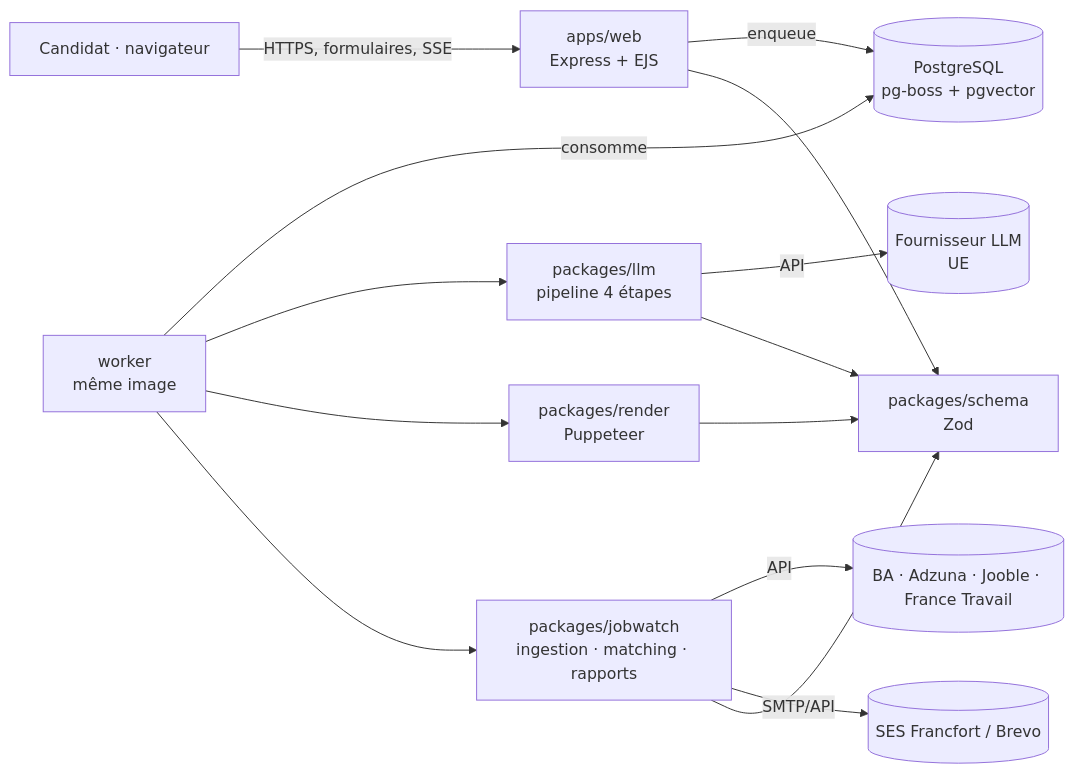
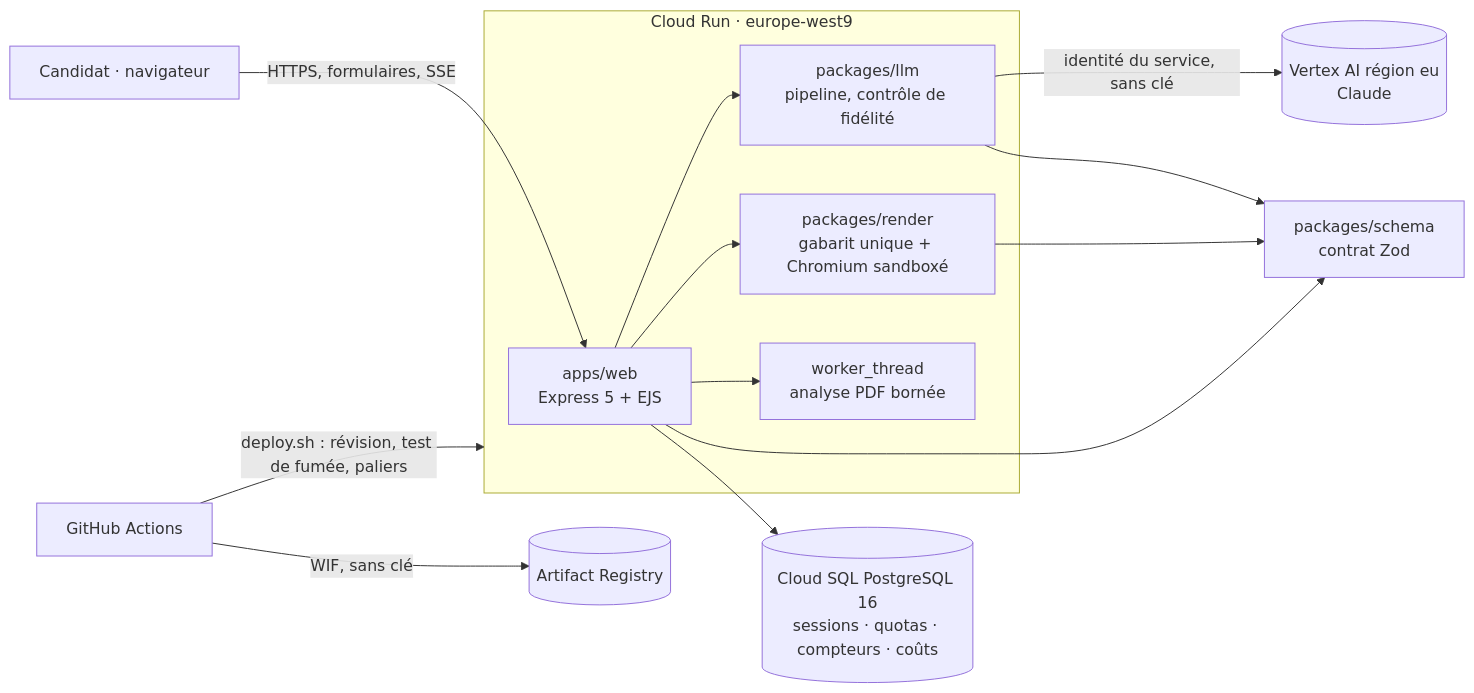
One commit to SafoueneN/Attesta changed the first of 3 diagrams in docs/architecture.md. Above: the diagram before and after it, drawn with Mermaid. The commit also changed other lines of this file and 39 other files, not shown here.

````diff
--- a/docs/architecture.md
+++ b/docs/architecture.md
@@ -7,13 +7,15 @@
 ```mermaid
 flowchart LR
-  U[Candidat · navigateur] -->|HTTPS, formulaires, SSE| W[apps/web<br/>Express + EJS]
-  W -->|enqueue| Q[(PostgreSQL<br/>pg-boss + pgvector)]
-  K[worker<br/>même image] -->|consomme| Q
-  K --> L[packages/llm<br/>pipeline 4 étapes]
-  K --> R[packages/render<br/>Puppeteer]
-  K --> J[packages/jobwatch<br/>ingestion · matching · rapports]
-  L -->|API| P[(Fournisseur LLM<br/>UE)]
-  J -->|API| S[(BA · Adzuna · Jooble · France Travail)]
-  J -->|SMTP/API| E[(SES Francfort / Brevo)]
-  L & R & J & W --> SC[packages/schema<br/>Zod]
+  U[Candidat · navigateur] -->|HTTPS, formulaires, SSE| W
+  subgraph CR[Cloud Run · europe-west9]
+    W[apps/web<br/>Express 5 + EJS]
+    W --> L[packages/llm<br/>pipeline, contrôle de fidélité]
+    W --> R[packages/render<br/>gabarit unique + Chromium sandboxé]
+    W --> T[worker_thread<br/>analyse PDF bornée]
+  end
+  W --> DB[(Cloud SQL PostgreSQL 16<br/>sessions · quotas · compteurs · coûts)]
+  L -->|identité du service, sans clé| V[(Vertex AI région eu<br/>Claude)]
+  L & R & W --> SC[packages/schema<br/>contrat Zod]
+  GH[GitHub Actions] -->|WIF, sans clé| AR[(Artifact Registry)]
+  GH -->|deploy.sh : révision, test de fumée, paliers| CR
 ```
````
